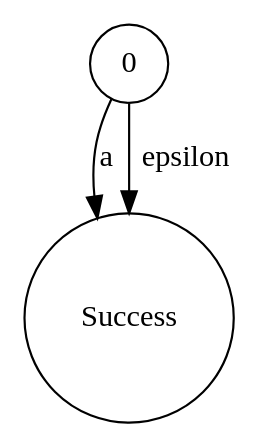
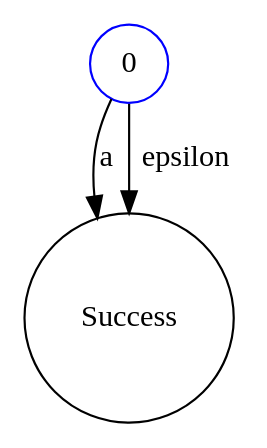
One commit to ayanamists/MyRegEngine changed the diagram in MyRegEngine/bin/Debug/netcoreapp3.1/TestCase7.dot. Above: the diagram before and after it, drawn with Graphviz. The commit also changed 55 other files, not shown here.

```diff
--- a/MyRegEngine/bin/Debug/netcoreapp3.1/TestCase7.dot
+++ b/MyRegEngine/bin/Debug/netcoreapp3.1/TestCase7.dot
@@ -1,1 +1,1 @@
-digraph TestCase7 { 0 [shape=circle,label="0"]; 1 [shape=circle,label="Success"]; 0 -> 1[label="a"]; 0 -> 1[label="epsilon"]; }
+digraph TestCase7 { 0 [shape=circle,label="0",color="#0000FF"]; 1 [shape=circle,label="Success",color="#000000"]; 0 -> 1[label="a"]; 0 -> 1[label="epsilon"]; }
```
